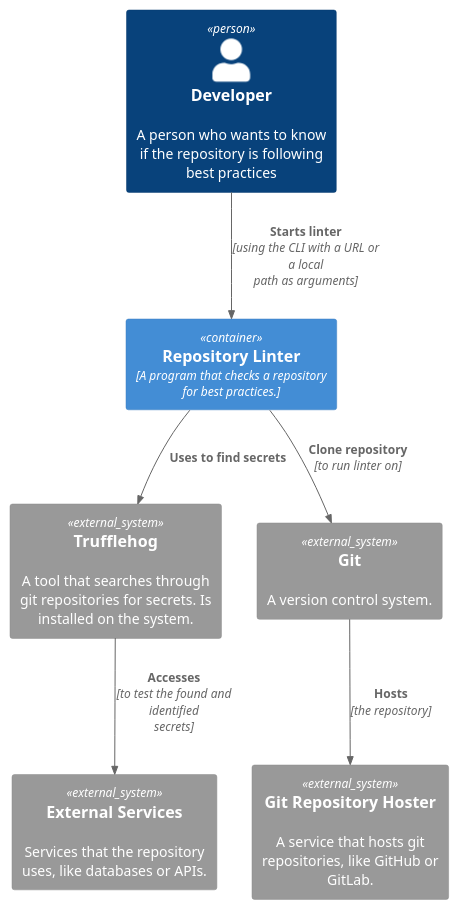
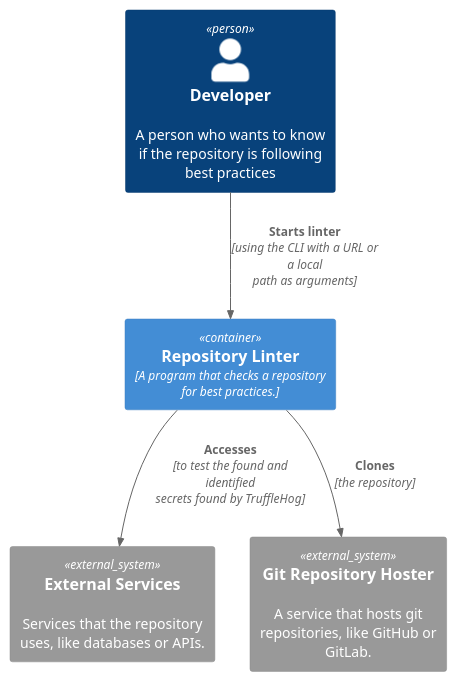
Before and after one commit to EmilZackrisson/RepositoryLinter: the diagram in RepositoryLinter/Docs/ContainerDiagram.puml, drawn with PlantUML. The commit also changed 2 other files, not shown here.

Commit message:
Refactor diagrams to clarify relationships and improve descriptions of external services

```diff
--- a/RepositoryLinter/Docs/ContainerDiagram.puml
+++ b/RepositoryLinter/Docs/ContainerDiagram.puml
@@ -1,21 +1,15 @@
 @startuml SystemContextDiagram
 !include https://raw.githubusercontent.com/plantuml-stdlib/C4-PlantUML/master/C4_Container.puml
 
 Person(personAlias, "Developer", "A person who wants to know if the repository is following best practices")
 
 Container(repositoryLinterSystem, "Repository Linter", "A program that checks a repository for best practices.")
 
 Rel(personAlias, repositoryLinterSystem, "Starts linter", "using the CLI with a URL or a local path as arguments")
 
-System_Ext(trufflehog, "Trufflehog", "A tool that searches through git repositories for secrets. Is installed on the system.")
-Rel(repositoryLinterSystem, trufflehog, "Uses to find secrets")
-
 System_Ext(external_services_secret, "External Services", "Services that the repository uses, like databases or APIs.")
-Rel(trufflehog, external_services_secret, "Accesses", "to test the found and identified secrets")
-
-System_Ext(git, "Git", "A version control system.")
+Rel(repositoryLinterSystem, external_services_secret, "Accesses", "to test the found and identified secrets found by TruffleHog")
 
 System_Ext(git_hoster, "Git Repository Hoster", "A service that hosts git repositories, like GitHub or GitLab.")
-Rel(repositoryLinterSystem, git, "Clone repository", "to run linter on")
-Rel(git, git_hoster, "Hosts", "the repository")
+Rel(repositoryLinterSystem, git_hoster, "Clones", "the repository")
 @enduml
```
